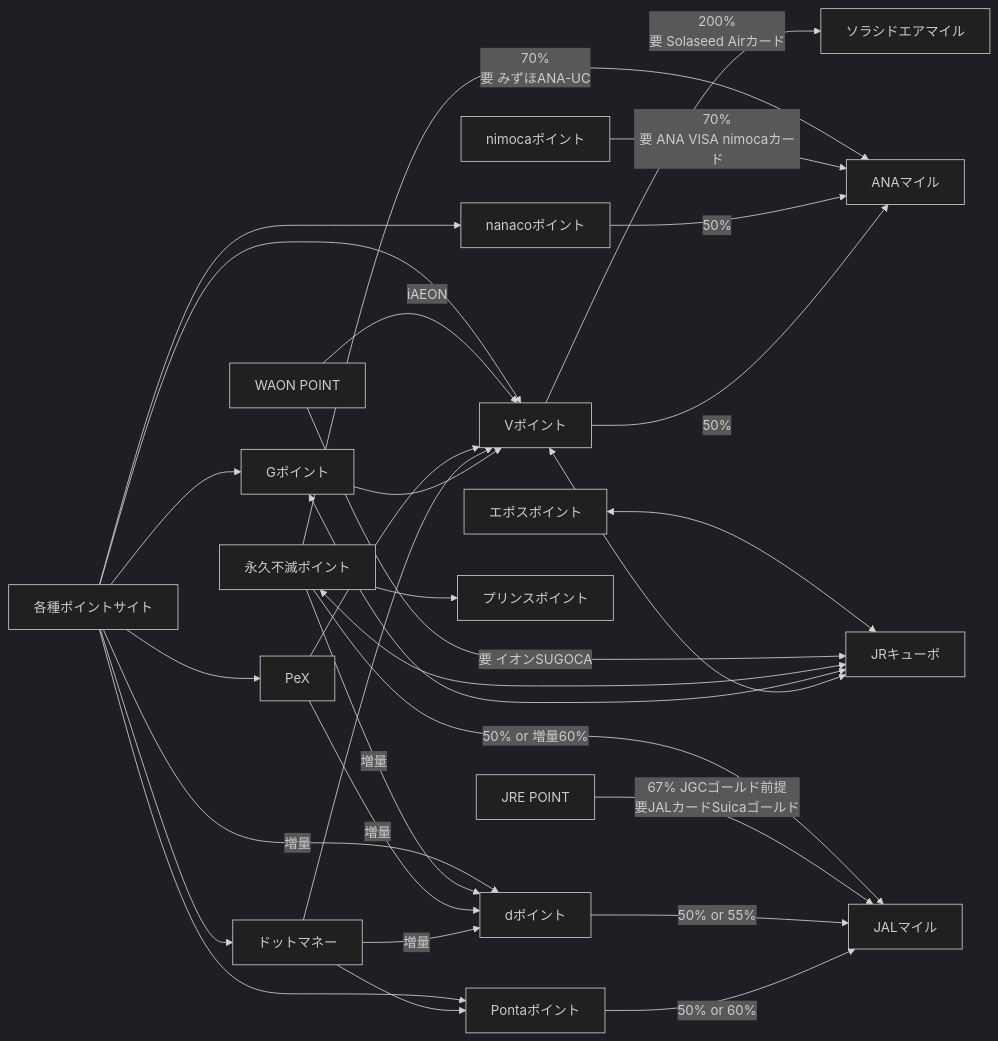
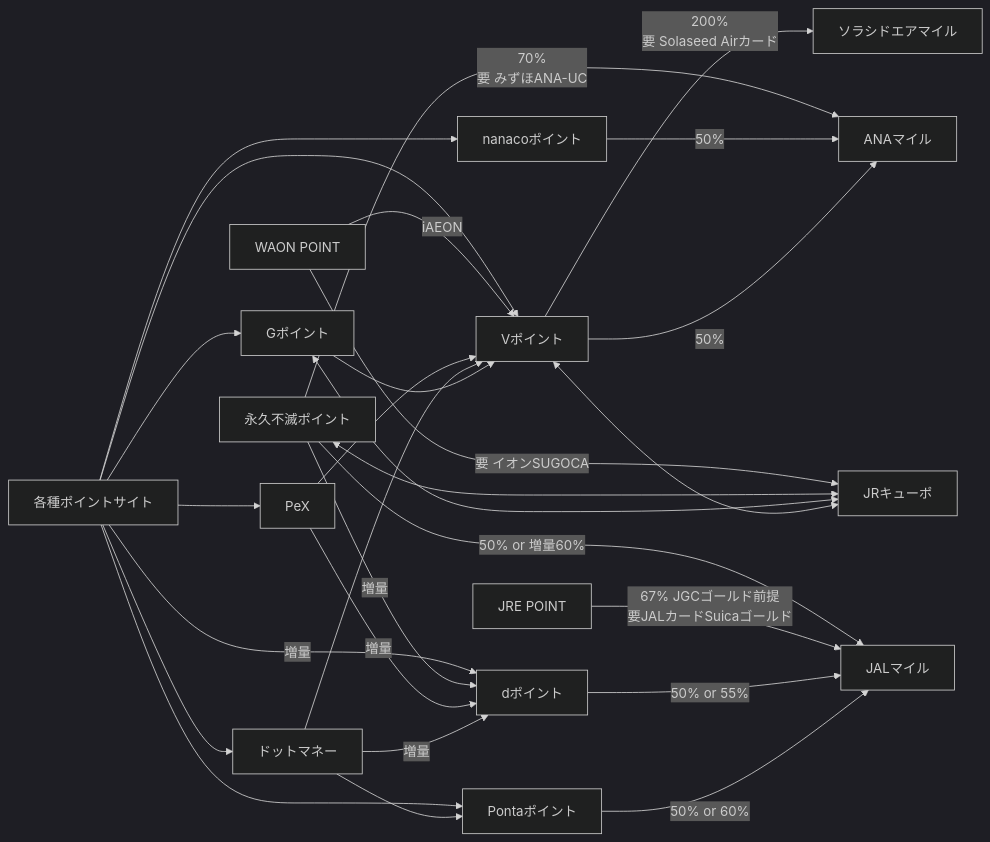
One commit to hiroxto/point-flow changed the diagram in README.md. Above: the diagram before and after it, drawn with Mermaid (dark theme).

Commit message:
使っていないポイントを削除

````diff
--- a/README.md
+++ b/README.md
@@ -5,37 +5,34 @@
 ```mermaid
 flowchart LR
 
 各種ポイントサイト-->PeX
 各種ポイントサイト-->ドットマネー
 各種ポイントサイト-->Gポイント
 各種ポイントサイト-->|増量|dポイント
 各種ポイントサイト-->Pontaポイント
 各種ポイントサイト-->Vポイント
 各種ポイントサイト-->nanacoポイント
 
 Vポイント-->|200%\n要 Solaseed Airカード|ソラシドエアマイル
-エポスポイント<-->JRキューポ
 WAONP[WAON POINT]-->|要 イオンSUGOCA|JRキューポ
 WAONP-->|iAEON|Vポイント
 永久不滅ポイント<-->JRキューポ
 永久不滅ポイント-->|50% or 増量60%|JALマイル
 永久不滅ポイント-->|70%\n要 みずほANA-UC|ANAマイル
 永久不滅ポイント-->|増量|dポイント
-永久不滅ポイント-->プリンスポイント
 JREP[JRE POINT]-->|67% JGCゴールド前提\n要JALカードSuicaゴールド|JALマイル
 
 PeX-->Vポイント
 PeX-->|増量|dポイント
 ドットマネー-->Vポイント
 ドットマネー-->|増量|dポイント
 ドットマネー-->Pontaポイント
 Gポイント-->Vポイント
 Gポイント<-->JRキューポ
-nimocaポイント-->|70%\n要 ANA VISA nimocaカード|ANAマイル
 
 nanacoポイント-->|50%|ANAマイル
 Vポイント-->|50%|ANAマイル
 Vポイント<-->JRキューポ
 dポイント-->|50% or 55%|JALマイル
 Pontaポイント-->|50% or 60%|JALマイル
 ```
````
